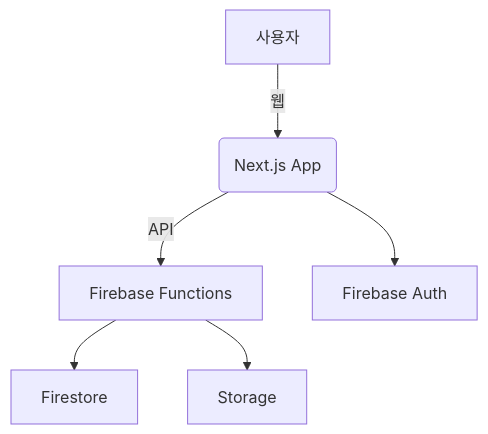
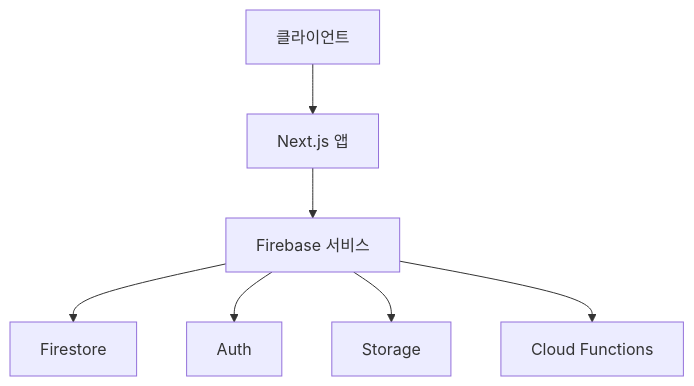
The second of 2 diagrams in README.md (octxxiii/Anti-ADHD-WebApp-), drawn with Mermaid before and after one commit. The commit also changed other lines of this file and 12 other files, not shown here.

````diff
--- a/README.md
+++ b/README.md
@@ -120,8 +293,9 @@
 ```mermaid
-flowchart TD
-  A[사용자] -->|웹| B(Next.js App)
-  B -->|API| C[Firebase Functions]
-  C --> D[Firestore]
-  C --> E[Storage]
-  B --> F[Firebase Auth]
+graph TD
+    A[클라이언트] --> B[Next.js 앱]
+    B --> C[Firebase 서비스]
+    C --> D[Firestore]
+    C --> E[Auth]
+    C --> F[Storage]
+    C --> G[Cloud Functions]
 ```
````
